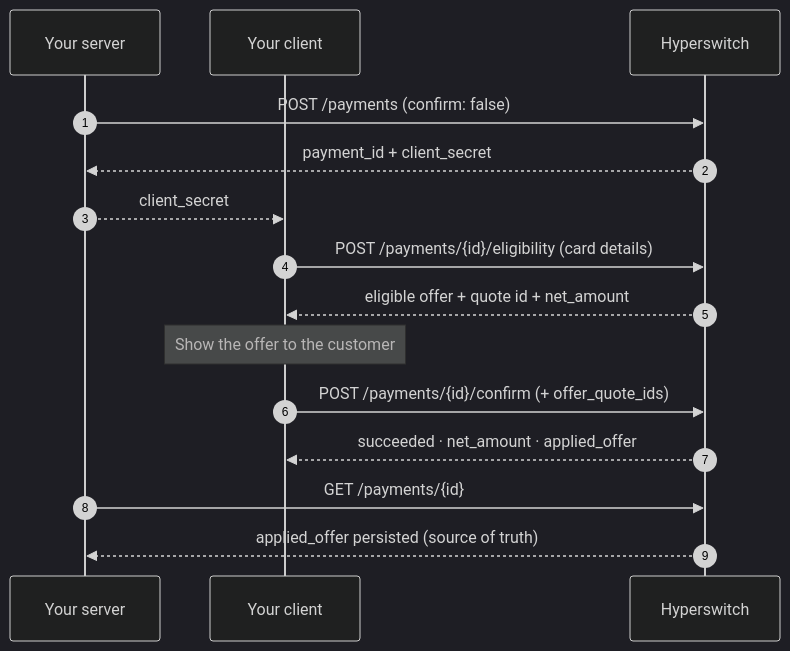
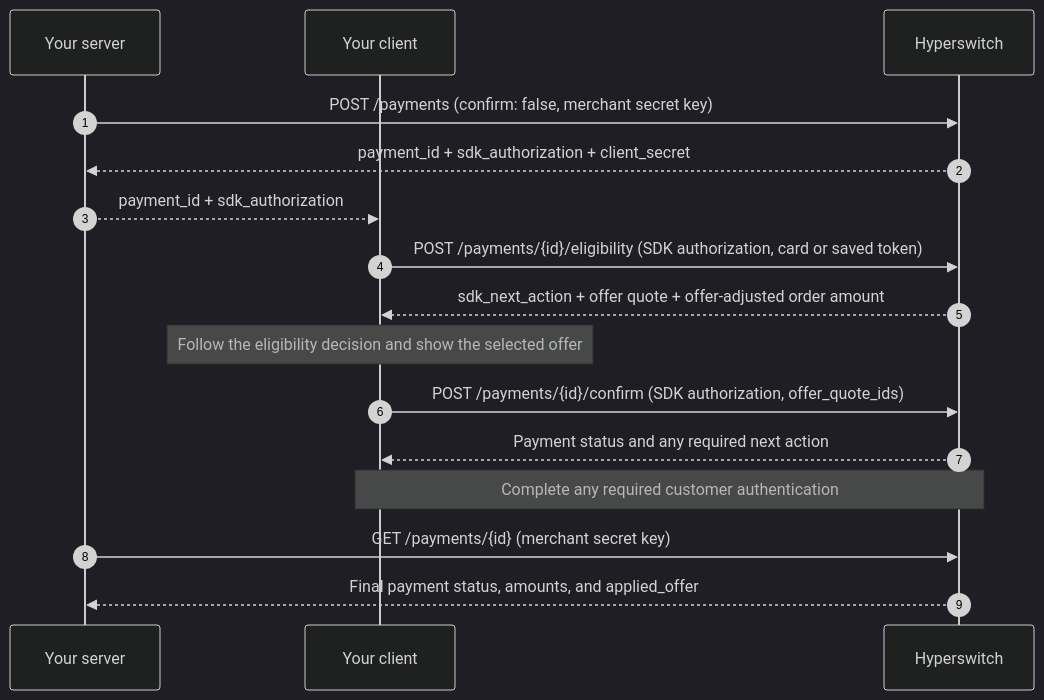
The diagram in other-features/offer-engine/offers-api-reference.md (juspay/hyperswitch-docs), drawn with Mermaid (dark theme) before and after one commit. The commit also changed other lines of this file and 6 other files, not shown here.

Commit message:
GITBOOK-1754: Remove diagram

````diff
--- a/other-features/offer-engine/offers-api-reference.md
+++ b/other-features/offer-engine/offers-api-reference.md
@@ -190,18 +320,19 @@
 ```mermaid
 sequenceDiagram
     autonumber
     participant S as Your server
     participant B as Your client
     participant HS as Hyperswitch
 
-    S->>HS: POST /payments (confirm: false)
-    HS-->>S: payment_id + client_secret
-    S-->>B: client_secret
-    B->>HS: POST /payments/{id}/eligibility (card details)
-    HS-->>B: eligible offer + quote id + net_amount
-    Note over B: Show the offer to the customer
-    B->>HS: POST /payments/{id}/confirm (+ offer_quote_ids)
-    HS-->>B: succeeded · net_amount · applied_offer
-    S->>HS: GET /payments/{id}
-    HS-->>S: applied_offer persisted (source of truth)
+    S->>HS: POST /payments (confirm: false, merchant secret key)
+    HS-->>S: payment_id + sdk_authorization + client_secret
+    S-->>B: payment_id + sdk_authorization
+    B->>HS: POST /payments/{id}/eligibility (SDK authorization, card or saved token)
+    HS-->>B: sdk_next_action + offer quote + offer-adjusted order amount
+    Note over B: Follow the eligibility decision and show the selected offer
+    B->>HS: POST /payments/{id}/confirm (SDK authorization, offer_quote_ids)
+    HS-->>B: Payment status and any required next action
+    Note over B,HS: Complete any required customer authentication
+    S->>HS: GET /payments/{id} (merchant secret key)
+    HS-->>S: Final payment status, amounts, and applied_offer
 ```
````
